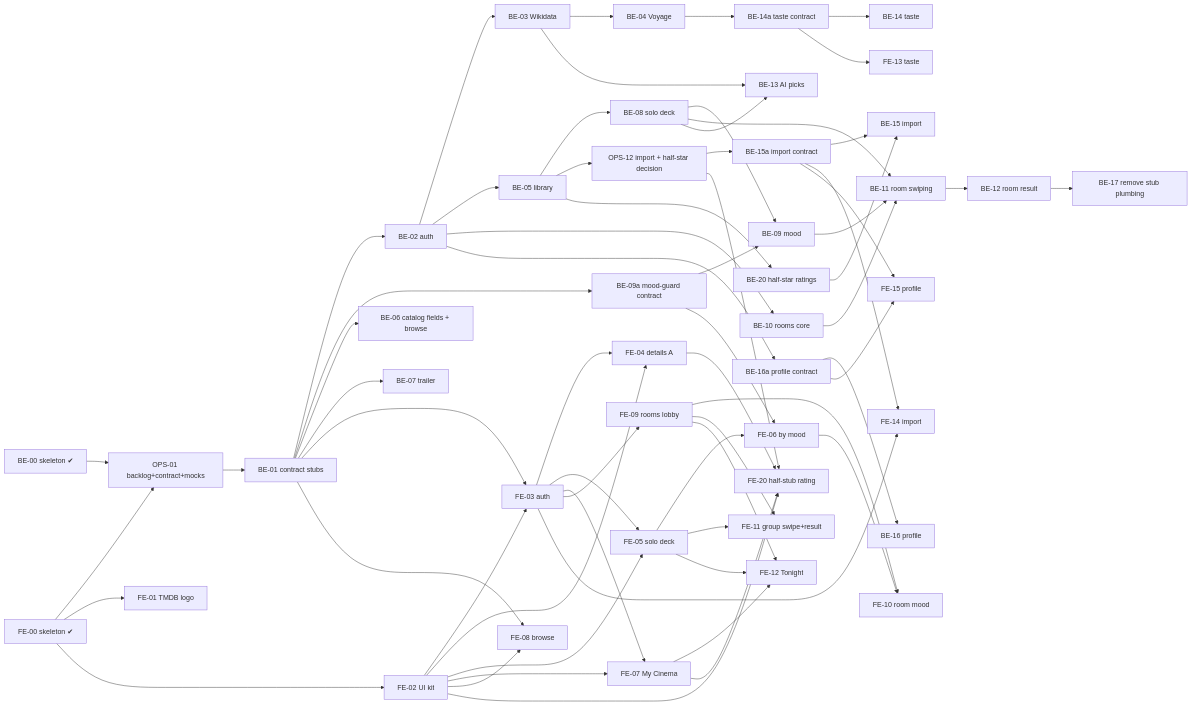
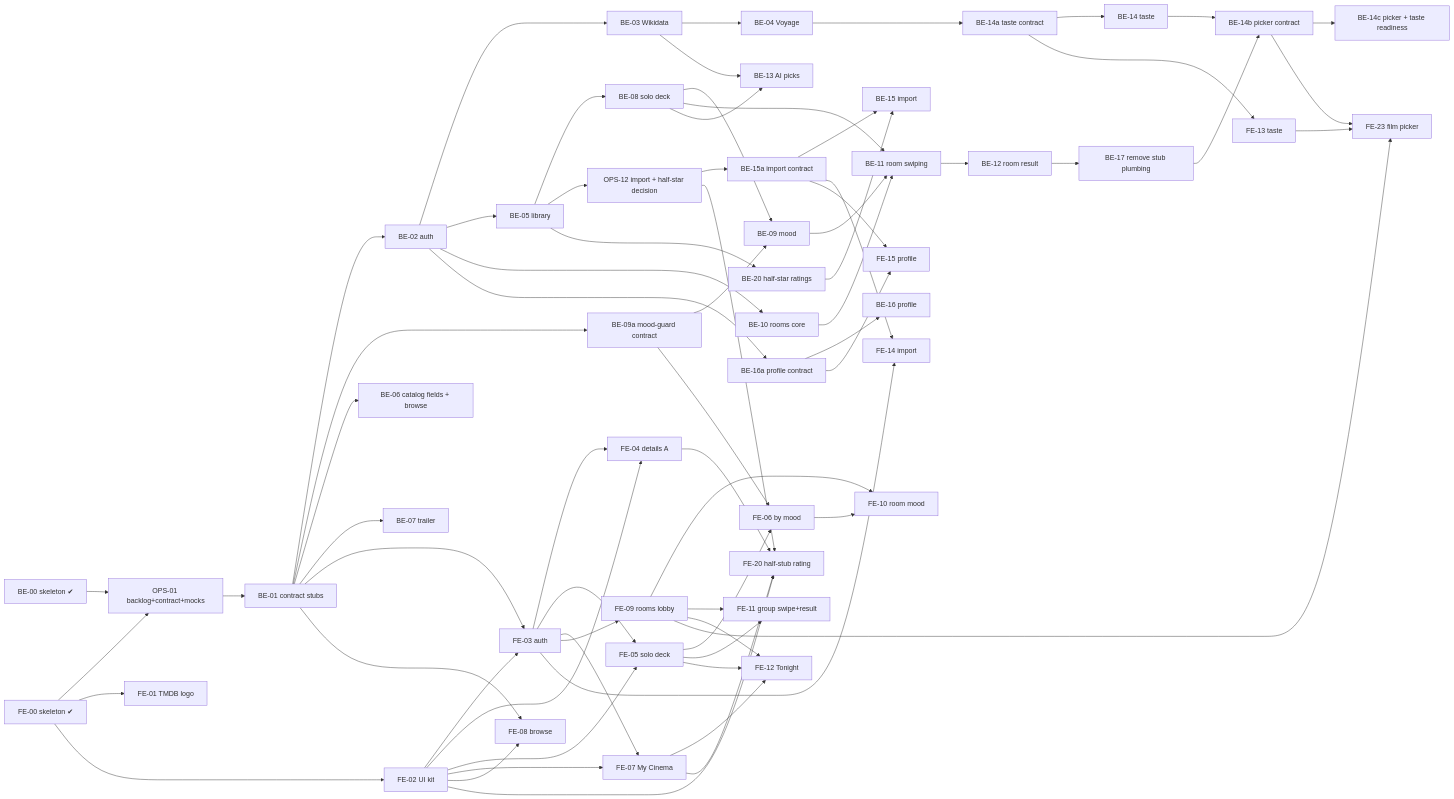
Before and after one commit to osamashtayat/lthaca: the diagram in docs/backlog.md, drawn with Mermaid. The commit also changed other lines of this file and 5 other files, not shown here.

First line of the commit message:
[OPS-14] Taste readiness and the film picker: decision and contract design (ADR-0029) (#44)

````diff
--- a/docs/backlog.md
+++ b/docs/backlog.md
@@ -20,37 +20,39 @@
 ```mermaid
 flowchart LR
   BE00[BE-00 skeleton ✔] --> OPS01[OPS-01 backlog+contract+mocks] --> BE01[BE-01 contract stubs]
   FE00[FE-00 skeleton ✔] --> OPS01
   BE01 --> BE02[BE-02 auth] --> BE03[BE-03 Wikidata] --> BE04[BE-04 Voyage]
   BE02 --> BE05[BE-05 library] --> BE08[BE-08 solo deck] --> BE09[BE-09 mood]
   BE01 --> BE09a[BE-09a mood-guard contract] --> BE09
   BE09a --> FE06
   BE01 --> BE06[BE-06 catalog fields + browse]
   BE01 --> BE07[BE-07 trailer]
   BE02 --> BE10[BE-10 rooms core] --> BE11[BE-11 room swiping] --> BE12[BE-12 room result]
   BE08 --> BE11
   BE09 --> BE11
   BE03 & BE08 --> BE13[BE-13 AI picks]
   BE04 --> BE14a[BE-14a taste contract] --> BE14[BE-14 taste]
+  BE14 & BE17 --> BE14b[BE-14b picker contract] --> BE14c[BE-14c picker + taste readiness]
   OPS12[OPS-12 import + half-star decision] --> BE15a[BE-15a import contract] --> BE15[BE-15 import]
   BE05 --> OPS12
   BE05 --> BE20[BE-20 half-star ratings] --> BE15
   BE02 --> BE16a[BE-16a profile contract] --> BE16[BE-16 profile]
   BE12 --> BE17[BE-17 remove stub plumbing]
 
   FE00 --> FE01[FE-01 TMDB logo] & FE02[FE-02 UI kit]
   BE01 --> FE03[FE-03 auth] & FE08[FE-08 browse]
   FE02 --> FE03 & FE04[FE-04 details A] & FE05[FE-05 solo deck] & FE07[FE-07 My Cinema] & FE08
   FE03 --> FE04 & FE05 & FE07 & FE09[FE-09 rooms lobby]
   FE05 --> FE06[FE-06 by mood] & FE11[FE-11 group swipe+result]
   FE09 --> FE10[FE-10 room mood] & FE11
   FE06 --> FE10
   FE05 & FE07 & FE09 --> FE12[FE-12 Tonight]
   BE14a --> FE13[FE-13 taste]
+  BE14b & FE13 & FE09 --> FE23[FE-23 film picker]
   BE15a --> FE14[FE-14 import]
   FE03 --> FE14
   OPS12 --> FE20[FE-20 half-stub rating]
   FE02 & FE04 & FE07 --> FE20
   BE16a --> FE15[FE-15 profile]
   BE15a --> FE15
 ```
````
